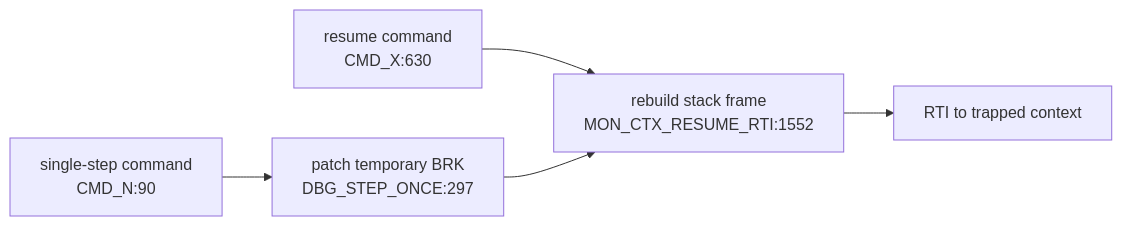
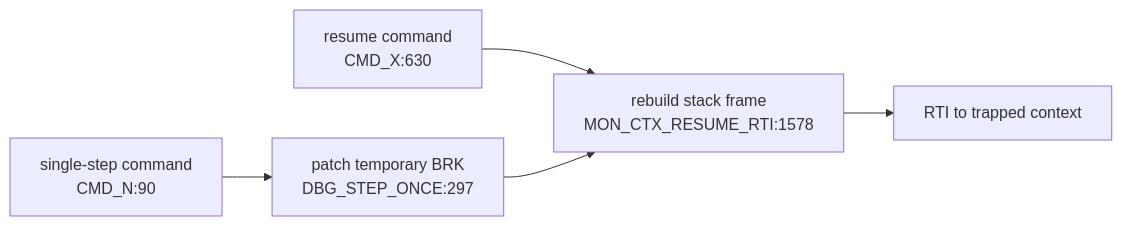
Before and after one commit to 95westus/R-YORS: the sixth of 6 diagrams in DOC/GENERATED/INTERRUPT_VECTOR_MAP.md, drawn with Mermaid. The commit also changed other lines of this file and 33 other files, not shown here.

````diff
--- a/DOC/GENERATED/INTERRUPT_VECTOR_MAP.md
+++ b/DOC/GENERATED/INTERRUPT_VECTOR_MAP.md
@@ -92,7 +92,7 @@
 ```mermaid
 flowchart LR
-    CMDX["resume command<br/>CMD_X:630"] --> RESUME["rebuild stack frame<br/>MON_CTX_RESUME_RTI:1552"]
+    CMDX["resume command<br/>CMD_X:630"] --> RESUME["rebuild stack frame<br/>MON_CTX_RESUME_RTI:1578"]
     CMDN["single-step command<br/>CMD_N:90"] --> STEP["patch temporary BRK<br/>DBG_STEP_ONCE:297"]
     STEP --> RESUME
     RESUME --> RTIRES["RTI to trapped context"]
 ```
````
